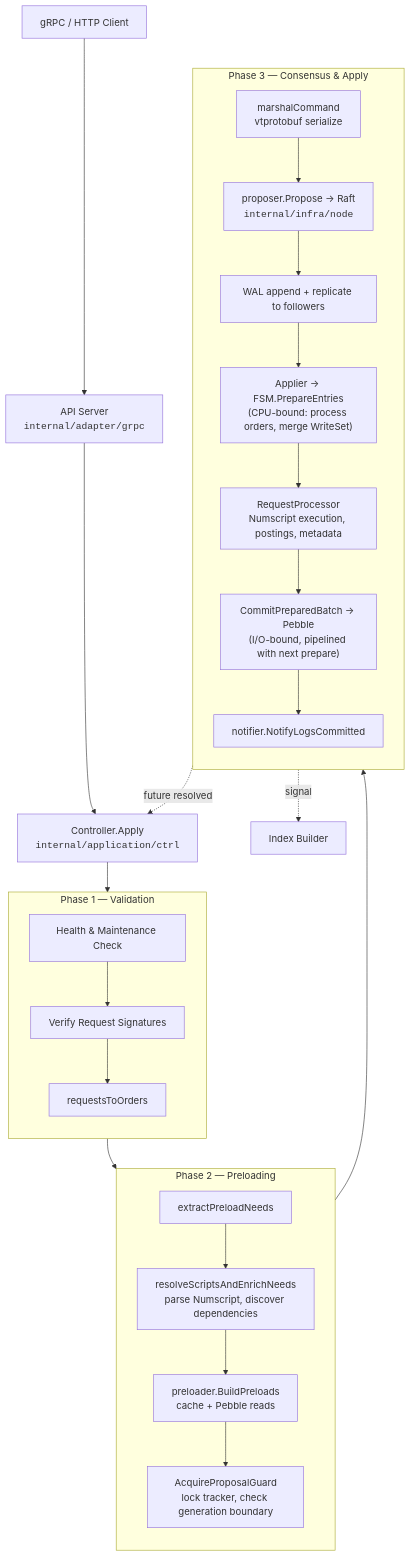
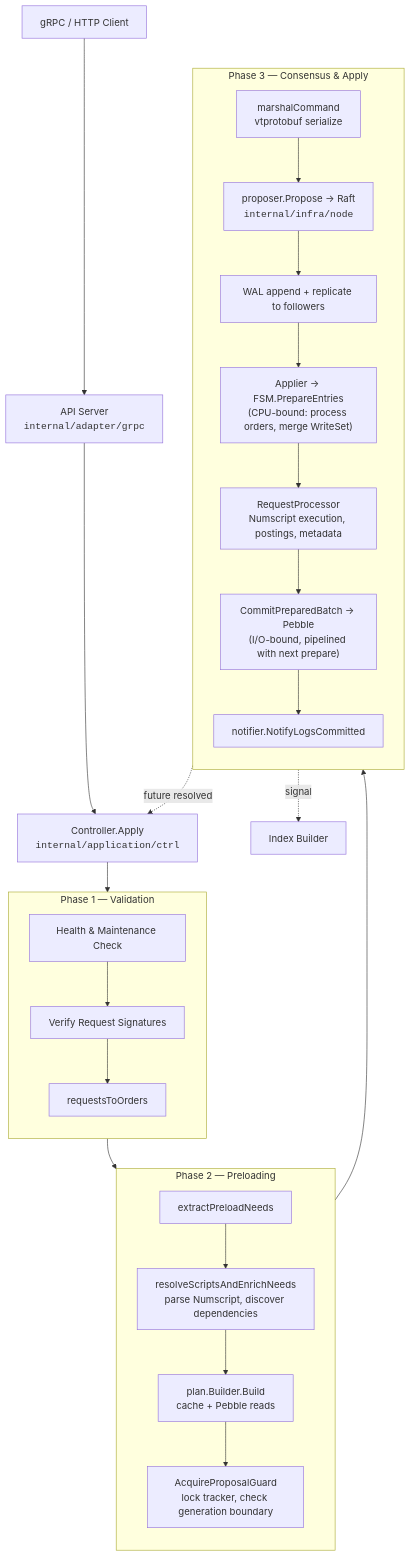
One commit to formancehq/ledger changed the first of 5 diagrams in docs/technical/architecture-overview.md. Above: the diagram before and after it, drawn with Mermaid. The commit also changed 1 other file, not shown here.

Commit message:
docs(EN-1565): retire BuildPreloads from architecture diagrams
preloader.BuildPreloads no longer exists; the propose-time resolution
stage is plan.Builder.Build. The overview's node id and its edge are
renamed together so the diagram keeps rendering. ExtractNeeds and
ResolveScripts are kept -- both still map to live functions.

````diff
--- a/docs/technical/architecture-overview.md
+++ b/docs/technical/architecture-overview.md
@@ -21,42 +21,42 @@
 ```mermaid
 flowchart TB
     Client["gRPC / HTTP Client"] --> API["API Server<br/><code>internal/adapter/grpc</code>"]
     API --> Ctrl["Controller.Apply<br/><code>internal/application/ctrl</code>"]
     Ctrl --> Adm
 
     subgraph Adm["Phase 1 — Validation"]
         direction TB
         HealthCheck["Health & Maintenance Check"]
         SigVerify["Verify Request Signatures"]
         ToOrders["requestsToOrders"]
         HealthCheck --> SigVerify --> ToOrders
     end
 
     ToOrders --> Preload
 
     subgraph Preload["Phase 2 — Preloading"]
         direction TB
         ExtractNeeds["extractPreloadNeeds"]
         ResolveScripts["resolveScriptsAndEnrichNeeds<br/>parse Numscript, discover dependencies"]
-        BuildPreloads["preloader.BuildPreloads<br/>cache + Pebble reads"]
+        Build["plan.Builder.Build<br/>cache + Pebble reads"]
         Guard["AcquireProposalGuard<br/>lock tracker, check generation boundary"]
-        ExtractNeeds --> ResolveScripts --> BuildPreloads --> Guard
+        ExtractNeeds --> ResolveScripts --> Build --> Guard
     end
 
     Guard --> Consensus
 
     subgraph Consensus["Phase 3 — Consensus & Apply"]
         direction TB
         Marshal["marshalCommand<br/>vtprotobuf serialize"]
         Propose["proposer.Propose → Raft<br/><code>internal/infra/node</code>"]
         Replicate["WAL append + replicate to followers"]
         Apply["Applier → FSM.PrepareEntries<br/>(CPU-bound: process orders, merge WriteSet)"]
         Process["RequestProcessor<br/>Numscript execution, postings, metadata"]
         Commit["CommitPreparedBatch → Pebble<br/>(I/O-bound, pipelined with next prepare)"]
         Notify["notifier.NotifyLogsCommitted"]
         Marshal --> Propose --> Replicate --> Apply --> Process --> Commit --> Notify
     end
 
     Notify -.->|signal| IndexBuilder["Index Builder"]
     Commit -.->|future resolved| Ctrl
 ```
````
